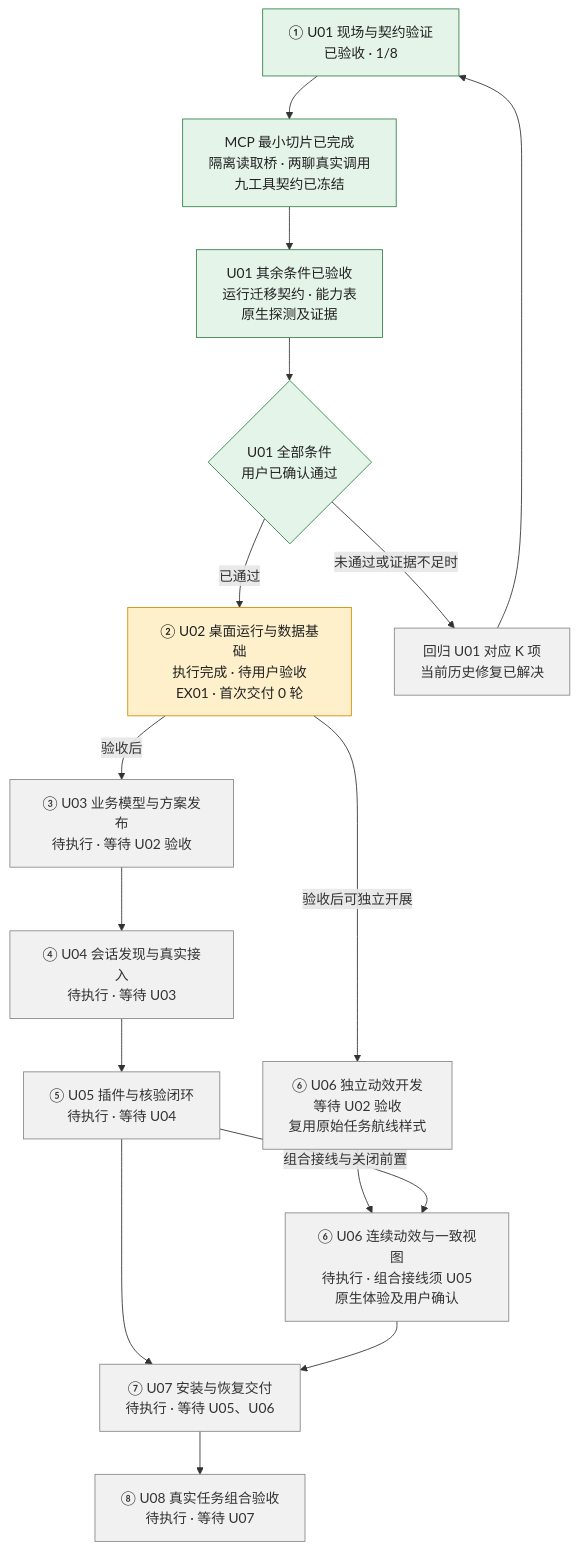
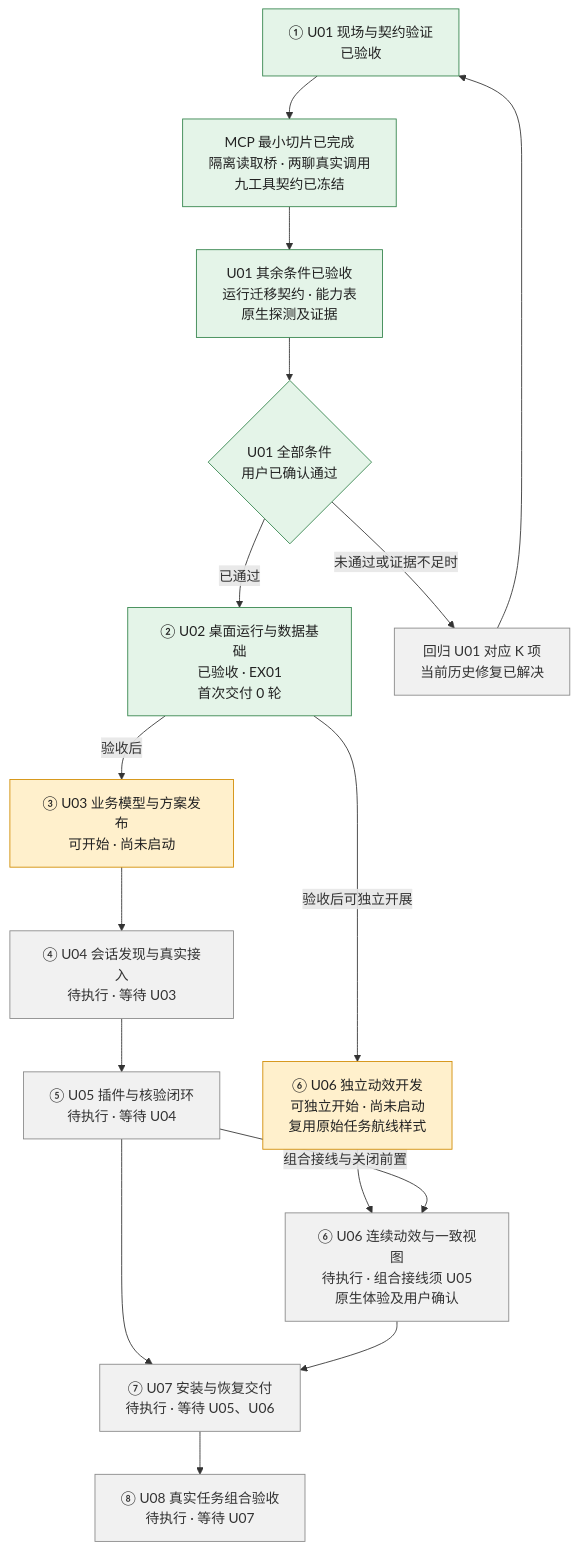
The diagram in docs/03_桌面工作台与Codex连接/02_台账/01_手动试跑主台账_2026-11-09.md (WuwuZhang0019/Codex-task-monitoring), drawn with Mermaid before and after one commit. The commit also changed other lines of this file and 2 other files, not shown here.

````diff
--- a/docs/03_桌面工作台与Codex连接/02_台账/01_手动试跑主台账_2026-11-09.md
+++ b/docs/03_桌面工作台与Codex连接/02_台账/01_手动试跑主台账_2026-11-09.md
@@ -32,33 +32,33 @@
 ```mermaid
 flowchart TD
-    U01["① U01 现场与契约验证<br/>已验收 · 1/8"]
+    U01["① U01 现场与契约验证<br/>已验收"]
     MCP["MCP 最小切片已完成<br/>隔离读取桥 · 两聊真实调用<br/>九工具契约已冻结"]
     REST["U01 其余条件已验收<br/>运行迁移契约 · 能力表<br/>原生探测及证据"]
     CHECK{"U01 全部条件<br/>用户已确认通过"}
-    U02["② U02 桌面运行与数据基础<br/>执行完成 · 待用户验收<br/>EX01 · 首次交付 0 轮"]
-    U03["③ U03 业务模型与方案发布<br/>待执行 · 等待 U02 验收"]
+    U02["② U02 桌面运行与数据基础<br/>已验收 · EX01<br/>首次交付 0 轮"]
+    U03["③ U03 业务模型与方案发布<br/>可开始 · 尚未启动"]
     U04["④ U04 会话发现与真实接入<br/>待执行 · 等待 U03"]
     U05["⑤ U05 插件与核验闭环<br/>待执行 · 等待 U04"]
-    FX["⑥ U06 独立动效开发<br/>等待 U02 验收<br/>复用原始任务航线样式"]
+    FX["⑥ U06 独立动效开发<br/>可独立开始 · 尚未启动<br/>复用原始任务航线样式"]
     U06["⑥ U06 连续动效与一致视图<br/>待执行 · 组合接线须 U05<br/>原生体验及用户确认"]
     U07["⑦ U07 安装与恢复交付<br/>待执行 · 等待 U05、U06"]
     U08["⑧ U08 真实任务组合验收<br/>待执行 · 等待 U07"]
     U01 --> MCP --> REST --> CHECK
     CHECK -->|未通过或证据不足时| RETURN["回归 U01 对应 K 项<br/>当前历史修复已解决"]
     RETURN --> U01
     CHECK -->|已通过| U02
     U02 -->|验收后| U03
     U03 --> U04 --> U05
     U02 -->|验收后可独立开展| FX
     FX --> U06
     U05 -->|组合接线与关闭前置| U06
     U05 --> U07
     U06 --> U07
     U07 --> U08
     classDef accepted fill:#e4f4e8,stroke:#32834a,color:#222;
     classDef current fill:#fff0cc,stroke:#d18b00,color:#222;
     classDef pending fill:#f1f1f1,stroke:#888,color:#333;
-    class U01,MCP,REST,CHECK accepted;
-    class U02 current;
-    class U03,U04,U05,FX,U06,U07,U08,RETURN pending;
+    class U01,MCP,REST,CHECK,U02 accepted;
+    class U03,FX current;
+    class U04,U05,U06,U07,U08,RETURN pending;
 ```
````
